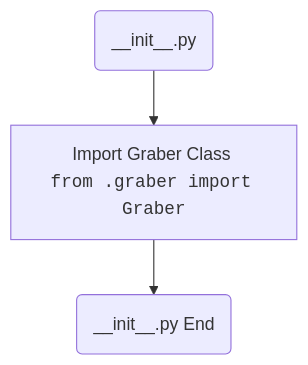
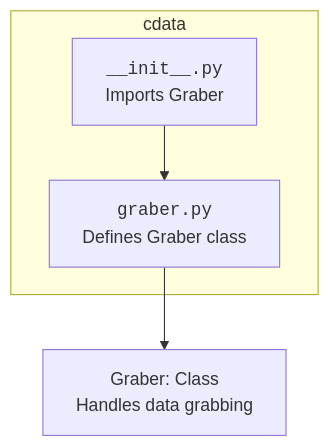
One commit to hypo69/hypo changed the second of 2 diagrams in docs/gemini/ru/explainer/src/suppliers/cdata/__init__.py.md. Above: the diagram before and after it, drawn with Mermaid. The commit also changed other lines of this file and 1505 other files, not shown here.

````diff
--- a/docs/gemini/ru/explainer/src/suppliers/cdata/__init__.py.md
+++ b/docs/gemini/ru/explainer/src/suppliers/cdata/__init__.py.md
@@ -18,5 +32,7 @@
 ```mermaid
 flowchart TD
-    Start(__init__.py) --> ImportGraber[Import Graber Class <br> <code>from .graber import Graber</code>]
-    ImportGraber --> End(__init__.py End)
+    subgraph cdata
+        __init__[<code>__init__.py</code><br>Imports Graber] --> graber[<code>graber.py</code><br>Defines Graber class]
+    end
+    graber --> GraberClass[Graber: Class <br> Handles data grabbing]
 ```
````
